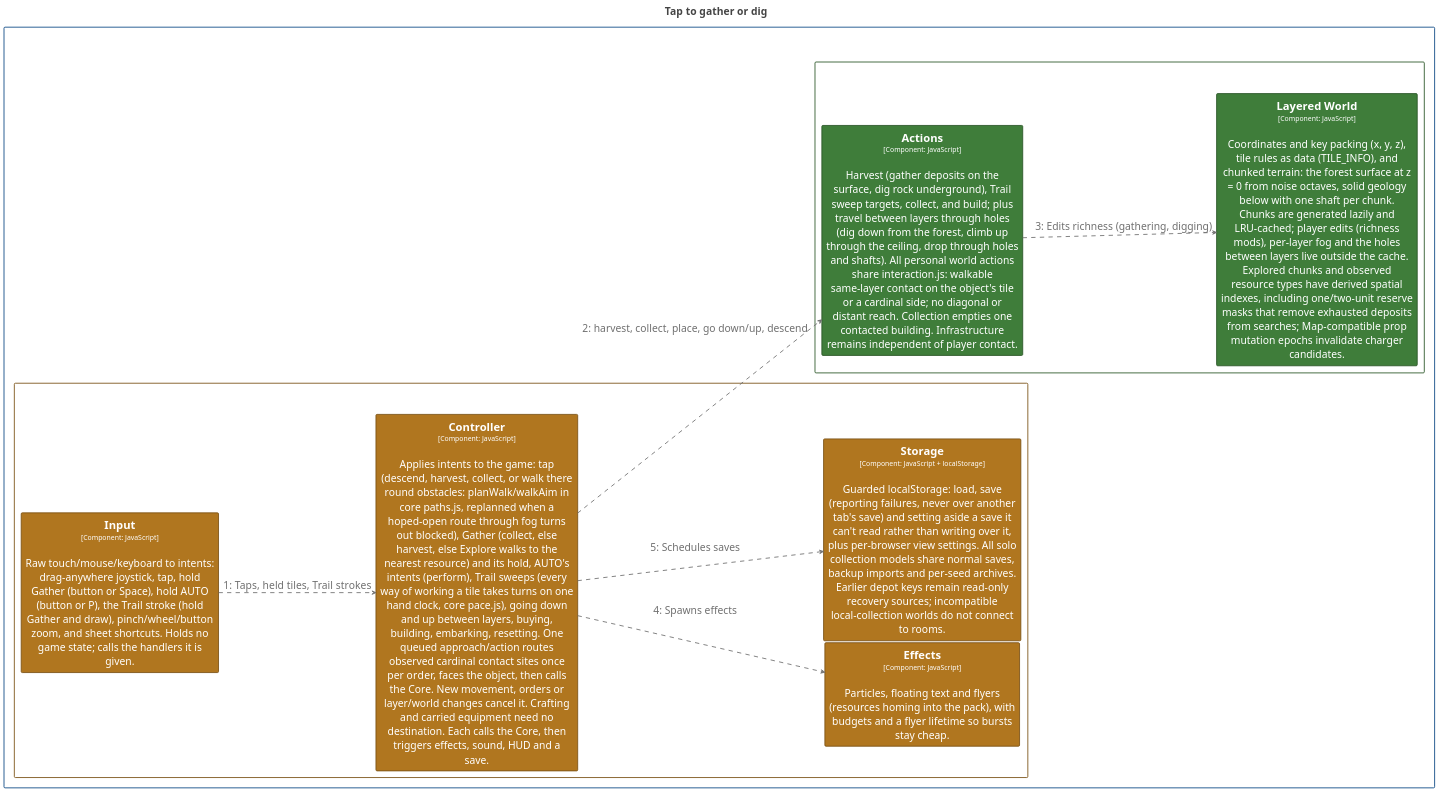
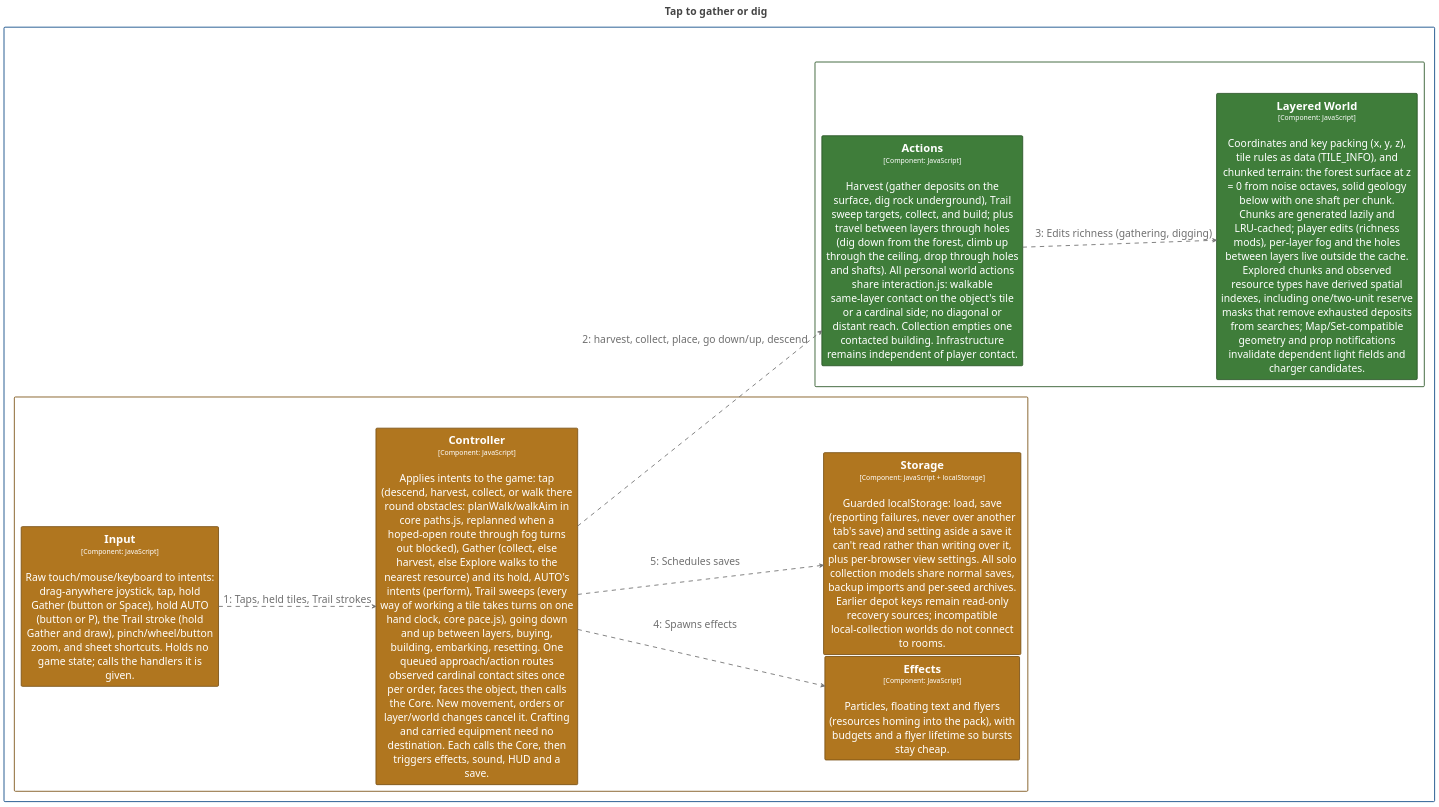
Before and after one commit to bitkojine/more-than-enough: the diagram in structurizr/diagrams/CollectFlow.puml, drawn with PlantUML. The commit also changed 36 other files, not shown here.

```diff
--- a/structurizr/diagrams/CollectFlow.puml
+++ b/structurizr/diagrams/CollectFlow.puml
@@ -2,104 +2,104 @@
 @startuml
 title <size:24>Tap to gather or dig</size>
 
 set separator none
 left to right direction
 skinparam ranksep 20
 skinparam nodesep 5
 hide stereotype
 
 <style>
   root {
     BackgroundColor: #ffffff;
     FontColor: #444444;
   }
   // Element,Component,Core Engine
   .Element-RWxlbWVudCxDb21wb25lbnQsQ29yZSBFbmdpbmU= {
     BackgroundColor: #3f7d3a;
     LineColor: #2c5728;
     LineStyle: 0;
     LineThickness: 2;
     FontColor: #ffffff;
     FontSize: 24;
     HorizontalAlignment: center;
     Shadowing: 0;
     MaximumWidth: 450;
   }
   // Element,Component,Presentation
   .Element-RWxlbWVudCxDb21wb25lbnQsUHJlc2VudGF0aW9u {
     BackgroundColor: #b0761f;
     LineColor: #7b5215;
     LineStyle: 0;
     LineThickness: 2;
     FontColor: #ffffff;
     FontSize: 24;
     HorizontalAlignment: center;
     Shadowing: 0;
     MaximumWidth: 450;
   }
   // Relationship
   .Relationship-UmVsYXRpb25zaGlw {
     LineThickness: 2;
     LineStyle: 10-10;
     LineColor: #707070;
     FontColor: #707070;
     FontSize: 24;
     MaximumWidth: 200;
   }
   // MORE THAN ENOUGH
   .Boundary-TU9SRSBUSEFOIEVOT1VHSA== {
     BackgroundColor: #ffffff;
     LineColor: #0b4884;
     LineStyle: 0;
     LineThickness: 2;
     FontColor: #ffffff;
     FontSize: 24;
     HorizontalAlignment: center;
     Shadowing: 0;
   }
   // Simulation Core
   .Boundary-U2ltdWxhdGlvbiBDb3Jl {
     BackgroundColor: #ffffff;
     LineColor: #2c5728;
     LineStyle: 0;
     LineThickness: 2;
     FontColor: #ffffff;
     FontSize: 24;
     HorizontalAlignment: center;
     Shadowing: 0;
   }
   // Web Application
   .Boundary-V2ViIEFwcGxpY2F0aW9u {
     BackgroundColor: #ffffff;
     LineColor: #7b5215;
     LineStyle: 0;
     LineThickness: 2;
     FontColor: #ffffff;
     FontSize: 24;
     HorizontalAlignment: center;
     Shadowing: 0;
   }
 </style>
 
 rectangle "MORE THAN ENOUGH\n<size:16>[Software System]</size>" <<Boundary-TU9SRSBUSEFOIEVOT1VHSA==>> {
   rectangle "Simulation Core\n<size:16>[Container: JavaScript modules (browser + Node)]</size>" <<Boundary-U2ltdWxhdGlvbiBDb3Jl>> {
-    rectangle "==Layered World\n<size:16>[Component: JavaScript]</size>\n\nCoordinates and key packing (x, y, z), tile rules as data (TILE_INFO), and chunked terrain: the forest surface at z = 0 from noise octaves, solid geology below with one shaft per chunk. Chunks are generated lazily and LRU-cached; player edits (richness mods), per-layer fog and the holes between layers live outside the cache. Explored chunks and observed resource types have derived spatial indexes, including one/two-unit reserve masks that remove exhausted deposits from searches; Map-compatible prop mutation epochs invalidate charger candidates." <<Element-RWxlbWVudCxDb21wb25lbnQsQ29yZSBFbmdpbmU=>> as MORETHANENOUGH.SimulationCore.LayeredWorld
+    rectangle "==Layered World\n<size:16>[Component: JavaScript]</size>\n\nCoordinates and key packing (x, y, z), tile rules as data (TILE_INFO), and chunked terrain: the forest surface at z = 0 from noise octaves, solid geology below with one shaft per chunk. Chunks are generated lazily and LRU-cached; player edits (richness mods), per-layer fog and the holes between layers live outside the cache. Explored chunks and observed resource types have derived spatial indexes, including one/two-unit reserve masks that remove exhausted deposits from searches; Map/Set-compatible geometry and prop notifications invalidate dependent light fields and charger candidates." <<Element-RWxlbWVudCxDb21wb25lbnQsQ29yZSBFbmdpbmU=>> as MORETHANENOUGH.SimulationCore.LayeredWorld
     rectangle "==Actions\n<size:16>[Component: JavaScript]</size>\n\nHarvest (gather deposits on the surface, dig rock underground), Trail sweep targets, collect, and build; plus travel between layers through holes (dig down from the forest, climb up through the ceiling, drop through holes and shafts). All personal world actions share interaction.js: walkable same-layer contact on the object's tile or a cardinal side; no diagonal or distant reach. Collection empties one contacted building. Infrastructure remains independent of player contact." <<Element-RWxlbWVudCxDb21wb25lbnQsQ29yZSBFbmdpbmU=>> as MORETHANENOUGH.SimulationCore.Actions
   }
 
   rectangle "Web Application\n<size:16>[Container: HTML/CSS/JavaScript modules]</size>" <<Boundary-V2ViIEFwcGxpY2F0aW9u>> {
     rectangle "==Effects\n<size:16>[Component: JavaScript]</size>\n\nParticles, floating text and flyers (resources homing into the pack), with budgets and a flyer lifetime so bursts stay cheap." <<Element-RWxlbWVudCxDb21wb25lbnQsUHJlc2VudGF0aW9u>> as MORETHANENOUGH.WebApplication.Effects
     rectangle "==Storage\n<size:16>[Component: JavaScript + localStorage]</size>\n\nGuarded localStorage: load, save (reporting failures, never over another tab's save) and setting aside a save it can't read rather than writing over it, plus per-browser view settings. All solo collection models share normal saves, backup imports and per-seed archives. Earlier depot keys remain read-only recovery sources; incompatible local-collection worlds do not connect to rooms." <<Element-RWxlbWVudCxDb21wb25lbnQsUHJlc2VudGF0aW9u>> as MORETHANENOUGH.WebApplication.Storage
     rectangle "==Input\n<size:16>[Component: JavaScript]</size>\n\nRaw touch/mouse/keyboard to intents: drag-anywhere joystick, tap, hold Gather (button or Space), hold AUTO (button or P), the Trail stroke (hold Gather and draw), pinch/wheel/button zoom, and sheet shortcuts. Holds no game state; calls the handlers it is given." <<Element-RWxlbWVudCxDb21wb25lbnQsUHJlc2VudGF0aW9u>> as MORETHANENOUGH.WebApplication.Input
     rectangle "==Controller\n<size:16>[Component: JavaScript]</size>\n\nApplies intents to the game: tap (descend, harvest, collect, or walk there round obstacles: planWalk/walkAim in core paths.js, replanned when a hoped-open route through fog turns out blocked), Gather (collect, else harvest, else Explore walks to the nearest resource) and its hold, AUTO's intents (perform), Trail sweeps (every way of working a tile takes turns on one hand clock, core pace.js), going down and up between layers, buying, building, embarking, resetting. One queued approach/action routes observed cardinal contact sites once per order, faces the object, then calls the Core. New movement, orders or layer/world changes cancel it. Crafting and carried equipment need no destination. Each calls the Core, then triggers effects, sound, HUD and a save." <<Element-RWxlbWVudCxDb21wb25lbnQsUHJlc2VudGF0aW9u>> as MORETHANENOUGH.WebApplication.Controller
   }
 
 }
 
 MORETHANENOUGH.WebApplication.Input --> MORETHANENOUGH.WebApplication.Controller <<Relationship-UmVsYXRpb25zaGlw>> : "1: Taps, held tiles, Trail strokes"
 MORETHANENOUGH.WebApplication.Controller --> MORETHANENOUGH.SimulationCore.Actions <<Relationship-UmVsYXRpb25zaGlw>> : "2: harvest, collect, place, go down/up, descend"
 MORETHANENOUGH.SimulationCore.Actions --> MORETHANENOUGH.SimulationCore.LayeredWorld <<Relationship-UmVsYXRpb25zaGlw>> : "3: Edits richness (gathering, digging)"
 MORETHANENOUGH.WebApplication.Controller --> MORETHANENOUGH.WebApplication.Effects <<Relationship-UmVsYXRpb25zaGlw>> : "4: Spawns effects"
 MORETHANENOUGH.WebApplication.Controller --> MORETHANENOUGH.WebApplication.Storage <<Relationship-UmVsYXRpb25zaGlw>> : "5: Schedules saves"
 
 @enduml
```
